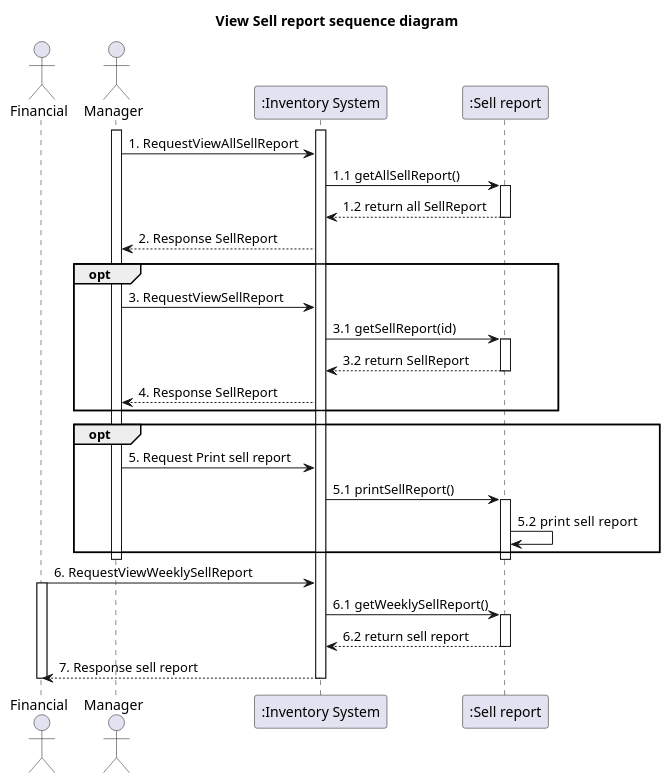
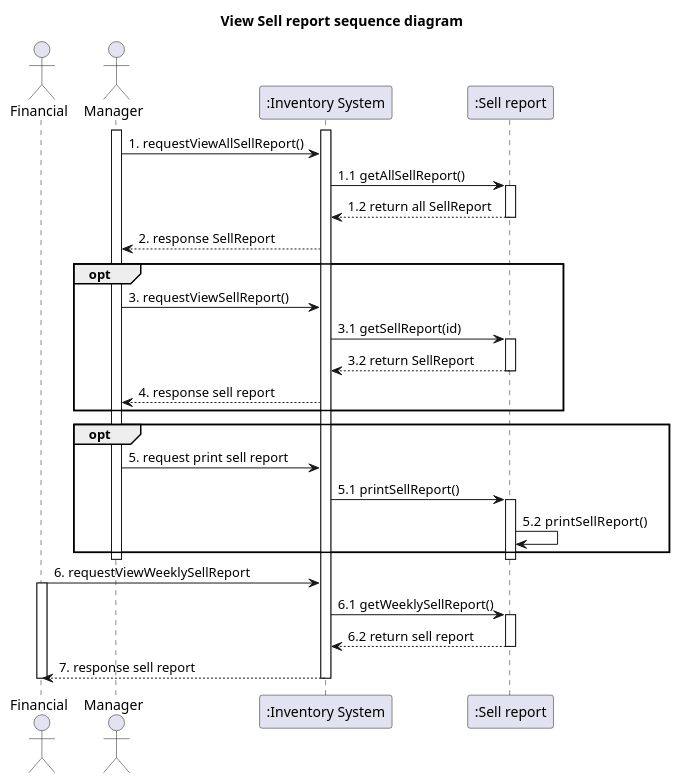
Before and after one commit to billowdev/inventory-system-plantuml-sequelize-seeder-example: the diagram in system-analysis/sequence/_8_1_sequence-view-sell-report.puml, drawn with PlantUML. The commit also changed 22 other files, not shown here.

Commit message:
update sequence refactor to lowwer case

```diff
--- a/system-analysis/sequence/_8_1_sequence-view-sell-report.puml
+++ b/system-analysis/sequence/_8_1_sequence-view-sell-report.puml
@@ -1,78 +1,78 @@
 @startuml
 'example
 title View Sell report sequence diagram
 
 actor "Financial" as actorFinancial
 actor "Manager" as actorManager
 participant ":Inventory System" as InventorySystem
 participant ":Sell report" as usecaseSellReport
 
 activate actorManager
 
 activate InventorySystem
-actorManager -> InventorySystem: 1. RequestViewAllSellReport
+actorManager -> InventorySystem: 1. requestViewAllSellReport()
 
 '-------------- START view product ---------------
 InventorySystem -> usecaseSellReport: 1.1 getAllSellReport()
 activate usecaseSellReport
 
 usecaseSellReport --> InventorySystem: 1.2 return all SellReport
 deactivate usecaseSellReport
 
-InventorySystem --> actorManager : 2. Response SellReport
+InventorySystem --> actorManager : 2. response SellReport
 
 
 
 opt
-actorManager -> InventorySystem: 3. RequestViewSellReport
+actorManager -> InventorySystem: 3. requestViewSellReport()
 
 
 InventorySystem -> usecaseSellReport: 3.1 getSellReport(id)
 activate usecaseSellReport
 
 usecaseSellReport --> InventorySystem: 3.2 return SellReport
 deactivate usecaseSellReport
 
 
 '-------------- END view product ---------------
 
-InventorySystem --> actorManager : 4. Response SellReport
+InventorySystem --> actorManager : 4. response sell report
 
 end
 
 
 opt
-actorManager -> InventorySystem : 5. Request Print sell report
+actorManager -> InventorySystem : 5. request print sell report
 
 
 
 InventorySystem -> usecaseSellReport : 5.1 printSellReport()
 activate usecaseSellReport
 
-usecaseSellReport -> usecaseSellReport : 5.2  print sell report
+usecaseSellReport -> usecaseSellReport : 5.2  printSellReport()
 
 
 end
 deactivate usecaseSellReport
 
 deactivate actorManager
 
 
 
-actorFinancial -> InventorySystem: 6. RequestViewWeeklySellReport
+actorFinancial -> InventorySystem: 6. requestViewWeeklySellReport
 activate actorFinancial
 
 InventorySystem -> usecaseSellReport: 6.1 getWeeklySellReport()
 activate usecaseSellReport
 
 usecaseSellReport --> InventorySystem: 6.2 return sell report
 deactivate usecaseSellReport
 
-InventorySystem --> actorFinancial : 7. Response sell report
+InventorySystem --> actorFinancial : 7. response sell report
 deactivate actorManager
 
 deactivate InventorySystem
 deactivate actorFinancial
 
 
 @enduml
```
